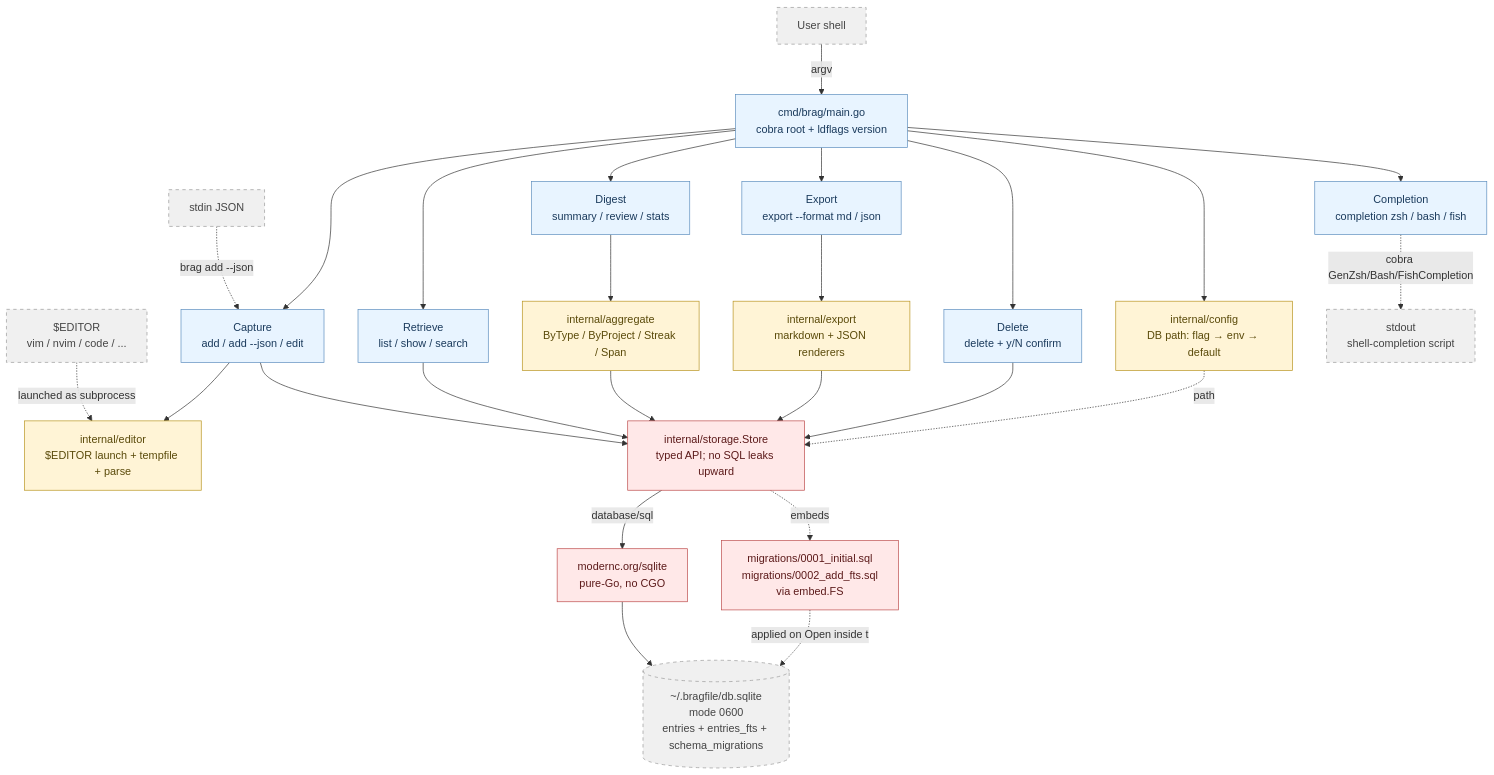
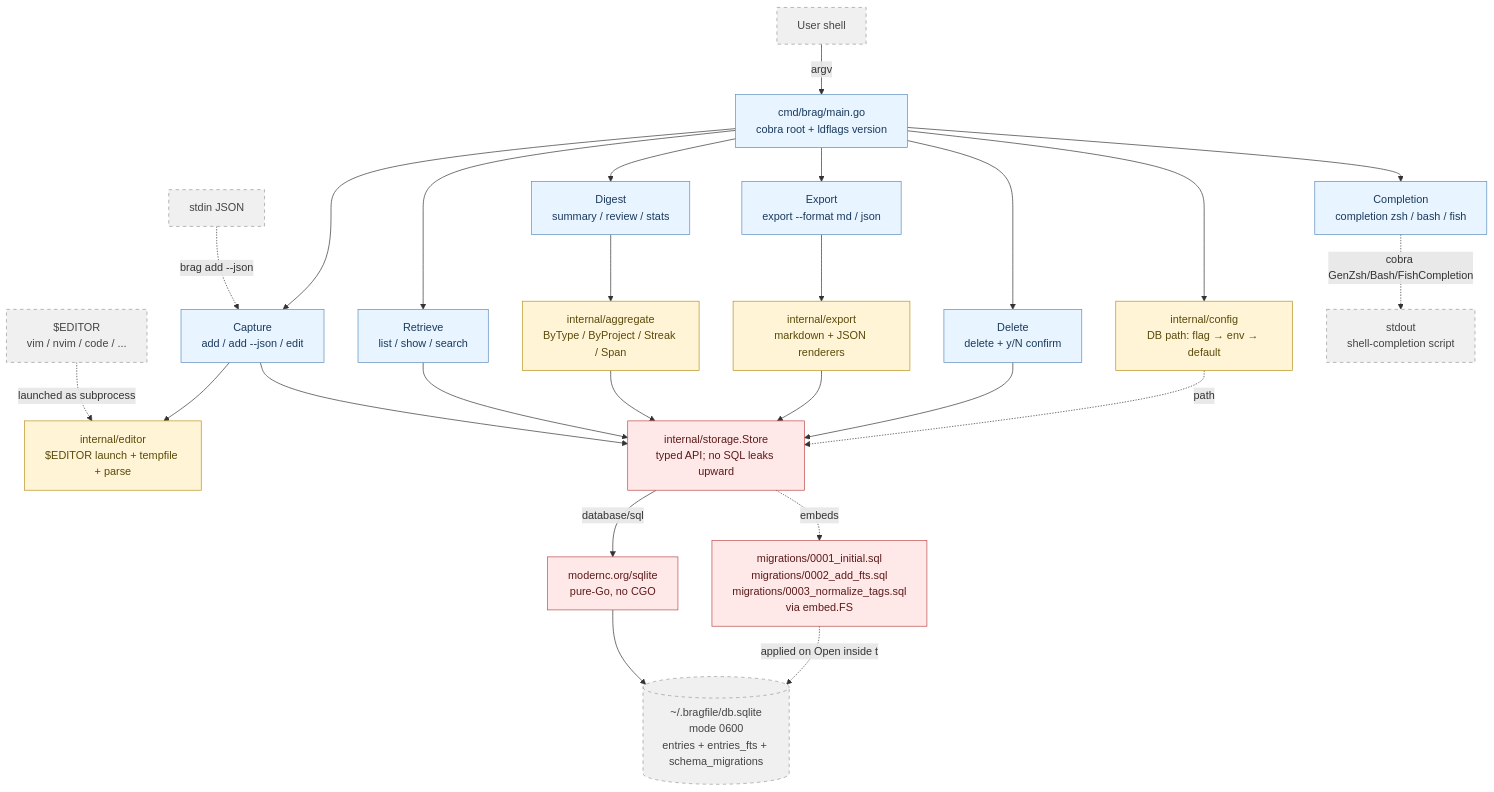
The diagram in docs/architecture.md (jysf/bragfile000), drawn with Mermaid before and after one commit. The commit also changed other lines of this file and 9 other files, not shown here.

First line of the commit message:
build(SPEC-025): normalize tag storage — tags/taggings join + store rewrite

````diff
--- a/docs/architecture.md
+++ b/docs/architecture.md
@@ -19,40 +19,40 @@
 ```mermaid
 graph TD
     User[User shell] -->|argv| Main[cmd/brag/main.go<br/>cobra root + ldflags version]
     Stdin[stdin JSON] -.->|brag add --json| Capture
     Editor[$EDITOR<br/>vim / nvim / code / ...] -.->|launched as subprocess| EditorPkg
 
     Main --> Config[internal/config<br/>DB path: flag → env → default]
     Main --> Capture[Capture<br/>add / add --json / edit]
     Main --> Retrieve[Retrieve<br/>list / show / search]
     Main --> Digest[Digest<br/>summary / review / stats]
     Main --> ExportCmd[Export<br/>export --format md / json]
     Main --> DeleteCmd[Delete<br/>delete + y/N confirm]
     Main --> Completion[Completion<br/>completion zsh / bash / fish]
 
     Capture --> EditorPkg[internal/editor<br/>$EDITOR launch + tempfile + parse]
     Capture --> Store
     Retrieve --> Store
     Digest --> Aggregate[internal/aggregate<br/>ByType / ByProject / Streak / Span]
     Aggregate --> Store
     ExportCmd --> ExportPkg[internal/export<br/>markdown + JSON renderers]
     ExportPkg --> Store
     DeleteCmd --> Store
     Completion -.cobra GenZsh/Bash/FishCompletion.-> Stdout[stdout<br/>shell-completion script]
 
     Config -.path.-> Store
     Store[internal/storage.Store<br/>typed API; no SQL leaks upward]
     Store -->|database/sql| Driver[modernc.org/sqlite<br/>pure-Go, no CGO]
     Driver --> DB[(~/.bragfile/db.sqlite<br/>mode 0600<br/>entries + entries_fts + schema_migrations)]
-    Store -.embeds.-> Migrations[migrations/0001_initial.sql<br/>migrations/0002_add_fts.sql<br/>via embed.FS]
+    Store -.embeds.-> Migrations[migrations/0001_initial.sql<br/>migrations/0002_add_fts.sql<br/>migrations/0003_normalize_tags.sql<br/>via embed.FS]
     Migrations -.applied on Open inside tx.-> DB
 
     classDef cli fill:#e8f4ff,stroke:#5b8dbe,color:#1a3a5c
     classDef helper fill:#fff4d6,stroke:#b8941f,color:#5a4a0a
     classDef storage fill:#ffe8e8,stroke:#bc4a4a,color:#5c1a1a
     classDef external fill:#f0f0f0,stroke:#999,stroke-dasharray:5 5,color:#444
     class Main,Capture,Retrieve,Digest,ExportCmd,DeleteCmd,Completion cli
     class EditorPkg,Aggregate,ExportPkg,Config helper
     class Store,Driver,Migrations storage
     class User,Stdin,Editor,DB,Stdout external
 ```
````
